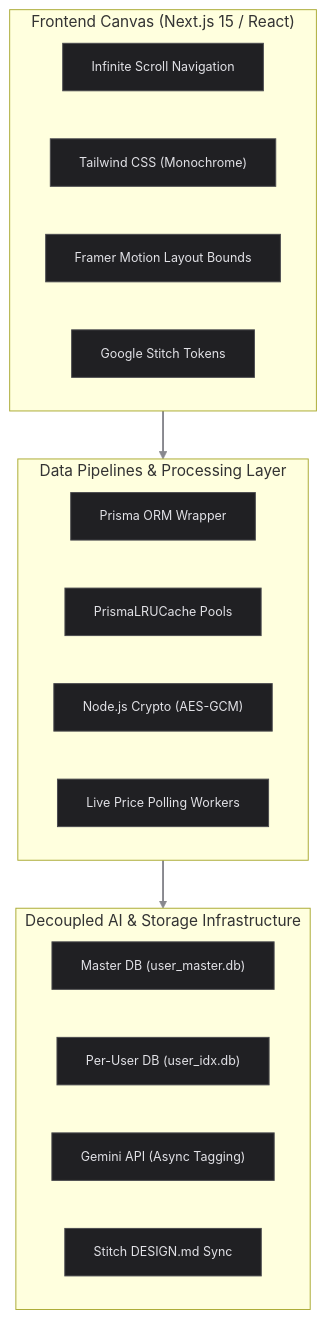
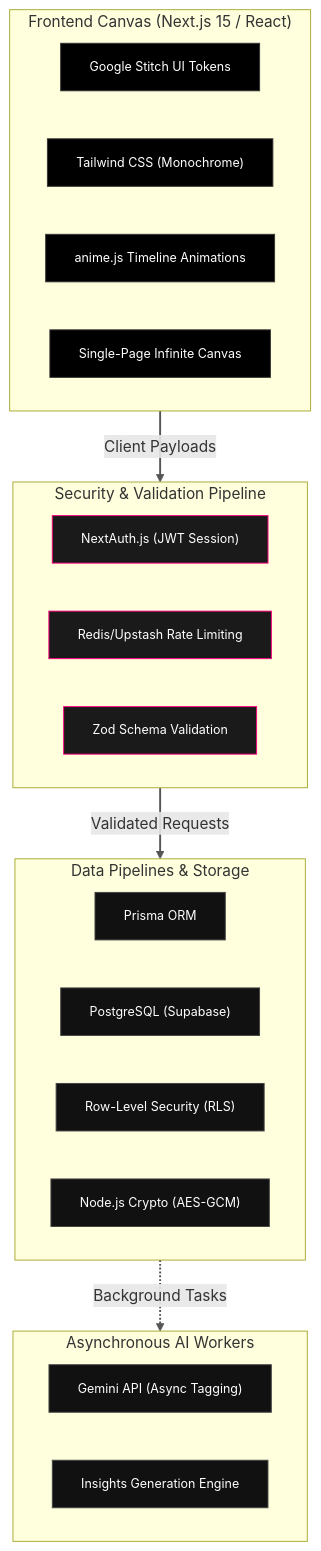
Before and after one commit to jdomingo117/personal-brain: the diagram in 01_Projects/fin-app/System requirements - SRD.md, drawn with Mermaid. The commit also changed other lines of this file and 8 other files, not shown here.

````diff
--- a/01_Projects/fin-app/System requirements - SRD.md
+++ b/01_Projects/fin-app/System requirements - SRD.md
@@ -26,43 +27,53 @@
 ```mermaid
 flowchart TD
     %% Global Styling Stylesheet
-    classDef layerStyle fill:#202023,stroke:#4a4a4e,stroke-width:1px,color:#e1e1e6,font-size:13px;
-    classDef titleStyle fill:#2d2d31,stroke:#646469,stroke-width:2px,color:#ffffff,font-weight:bold,font-size:14px;
+    classDef frontendStyle fill:#000000,stroke:#333333,stroke-width:1px,color:#ffffff,font-size:13px;
+    classDef securityStyle fill:#1a1a1a,stroke:#FF007F,stroke-width:1px,color:#ffffff,font-size:13px;
+    classDef backendStyle fill:#111111,stroke:#444444,stroke-width:1px,color:#ffffff,font-size:13px;
+    classDef titleStyle fill:#000000,stroke:#666666,stroke-width:2px,color:#ffffff,font-weight:bold,font-size:14px;
 
     %% FRONTEND CANVAS LAYER
     subgraph FRONTEND ["Frontend Canvas (Next.js 15 / React)"]
-        FE_1["Infinite Scroll Navigation"]
+        FE_1["Google Stitch UI Tokens"]
         FE_2["Tailwind CSS (Monochrome)"]
-        FE_3["Framer Motion Layout Bounds"]
-        FE_4["Google Stitch Tokens"]
+        FE_3["anime.js Timeline Animations"]
+        FE_4["Single-Page Infinite Canvas"]
     end
     class FRONTEND titleStyle;
-    class FE_1,FE_2,FE_3,FE_4 layerStyle;
+    class FE_1,FE_2,FE_3,FE_4 frontendStyle;
 
-    %% DATA PIPELINES LAYER
-    subgraph PIPELINES ["Data Pipelines & Processing Layer"]
-        DP_1["Prisma ORM Wrapper"]
-        DP_2["PrismaLRUCache Pools"]
-        DP_3["Node.js Crypto (AES-GCM)"]
-        DP_4["Live Price Polling Workers"]
+    %% MIDDLEWARE & SECURITY LAYER (The 4 Pillars)
+    subgraph SECURITY ["Security & Validation Pipeline"]
+        SEC_1["NextAuth.js (JWT Session)"]
+        SEC_2["Redis/Upstash Rate Limiting"]
+        SEC_3["Zod Schema Validation"]
+    end
+    class SECURITY titleStyle;
+    class SEC_1,SEC_2,SEC_3 securityStyle;
+
+    %% DATA PIPELINES & DB LAYER
+    subgraph PIPELINES ["Data Pipelines & Storage"]
+        DP_1["Prisma ORM"]
+        DP_2["PostgreSQL (Supabase)"]
+        DP_3["Row-Level Security (RLS)"]
+        DP_4["Node.js Crypto (AES-GCM)"]
     end
     class PIPELINES titleStyle;
-    class DP_1,DP_2,DP_3,DP_4 layerStyle;
+    class DP_1,DP_2,DP_3,DP_4 backendStyle;
 
-    %% AI & STORAGE INFRASTRUCTURE LAYER
-    subgraph INFRA ["Decoupled AI & Storage Infrastructure"]
-        INF_1["Master DB (user_master.db)"]
-        INF_2["Per-User DB (user_idx.db)"]
-        INF_3["Gemini API (Async Tagging)"]
-        INF_4["Stitch DESIGN.md Sync"]
+    %% AI INFRASTRUCTURE LAYER
+    subgraph INFRA ["Asynchronous AI Workers"]
+        INF_1["Gemini API (Async Tagging)"]
+        INF_2["Insights Generation Engine"]
     end
     class INFRA titleStyle;
-    class INF_1,INF_2,INF_3,INF_4 layerStyle;
+    class INF_1,INF_2 backendStyle;
 
     %% ARCHITECTURE FLOW CONNECTIONS
-    FRONTEND --> PIPELINES
-    PIPELINES --> INFRA
+    FRONTEND -->|Client Payloads| SECURITY
+    SECURITY -->|Validated Requests| PIPELINES
+    PIPELINES -.->|Background Tasks| INFRA
 
     %% Connection Line Customization
-    linkStyle 0,1 stroke:#88888e,stroke-width:2px;
+    linkStyle 0,1,2 stroke:#555555,stroke-width:2px;
 ```
````
